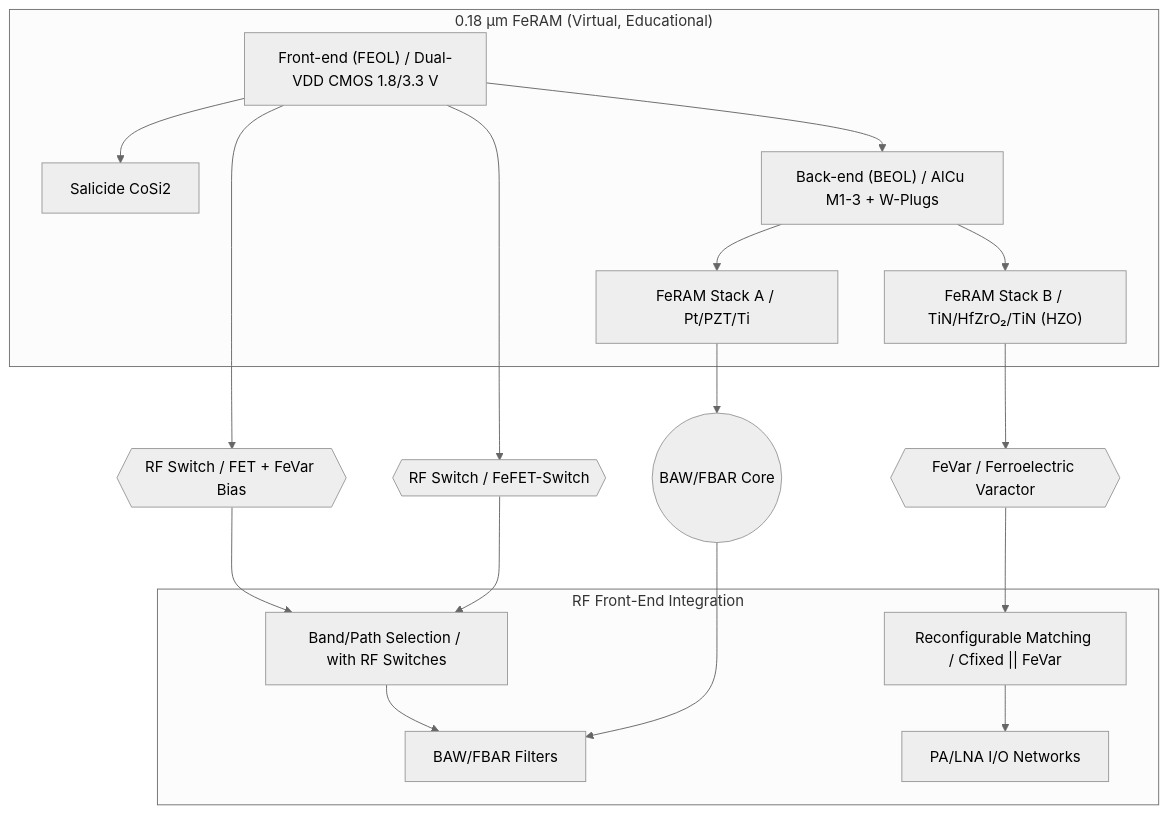
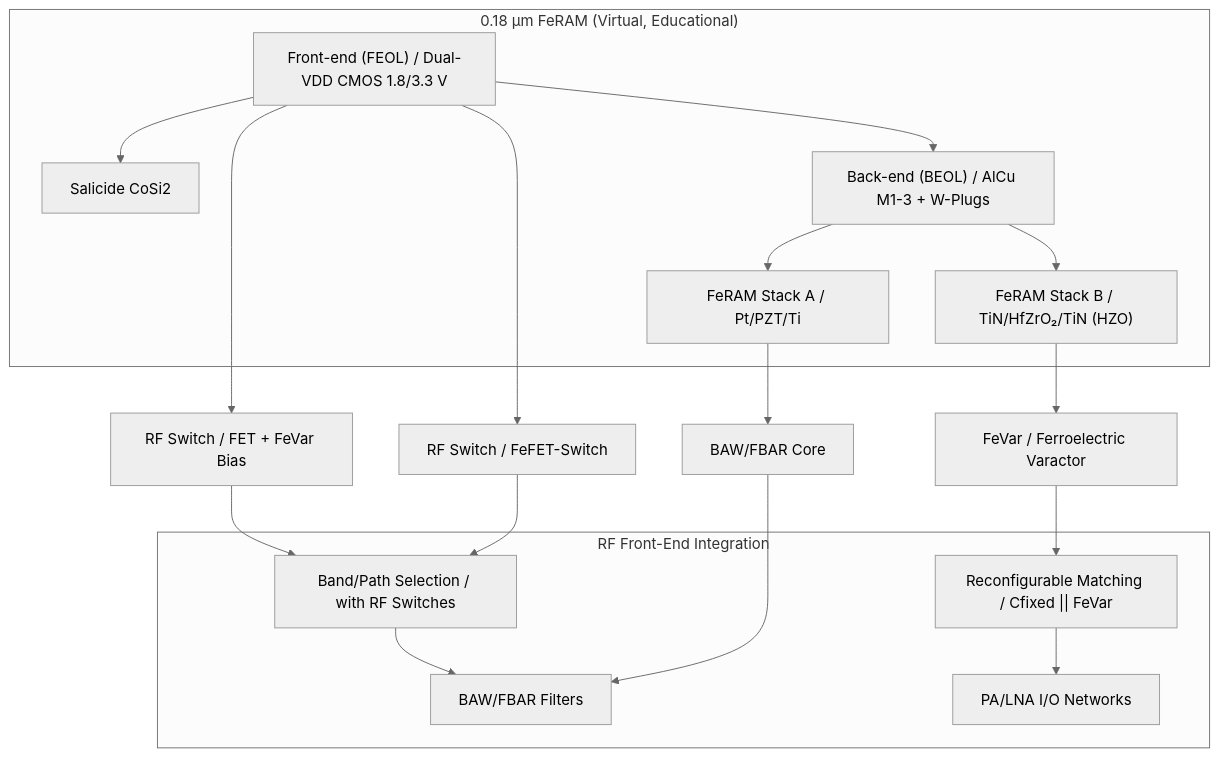
Before and after one commit to Samizo-AITL/Edusemi-Plus: the first of 2 diagrams in applied-devices/rf-devices/proposal.md, drawn with Mermaid (neutral theme). The commit also changed other lines of this file, not shown here.

````diff
--- a/applied-devices/rf-devices/proposal.md
+++ b/applied-devices/rf-devices/proposal.md
@@ -48,28 +48,28 @@
 ```mermaid
 flowchart TB
   subgraph FE["0.18 µm FeRAM (Virtual, Educational)"]
     GATE["Front-end (FEOL) / Dual-VDD CMOS 1.8/3.3 V"] --> SALI["Salicide CoSi2"]
     BEOL["Back-end (BEOL) / AlCu M1-3 + W-Plugs"]
     CAP1["FeRAM Stack A / Pt/PZT/Ti"]
     CAP2["FeRAM Stack B / TiN/HfZrO₂/TiN (HZO)"]
     GATE --> BEOL --> CAP1
     BEOL --> CAP2
   end
 
-  CAP2 --> FeVar{{"FeVar / Ferroelectric Varactor"}}
-  GATE --> RFSW1{{"RF Switch / FET + FeVar Bias"}}
-  GATE --> RFSW2{{"RF Switch / FeFET-Switch"}}
-  CAP1 --> BAW(("BAW/FBAR Core"))
+  CAP2 --> FeVar["FeVar / Ferroelectric Varactor"]
+  GATE --> RFSW1["RF Switch / FET + FeVar Bias"]
+  GATE --> RFSW2["RF Switch / FeFET-Switch"]
+  CAP1 --> BAW["BAW/FBAR Core"]
 
   subgraph RF["RF Front-End Integration"]
     MATCH["Reconfigurable Matching / Cfixed || FeVar"]
     PATHSEL["Band/Path Selection / with RF Switches"]
     FILTER["BAW/FBAR Filters"]
     LNA["PA/LNA I/O Networks"]
   end
 
   FeVar --> MATCH --> LNA
   RFSW1 --> PATHSEL --> FILTER
   RFSW2 --> PATHSEL
   BAW --> FILTER
 ```
````
